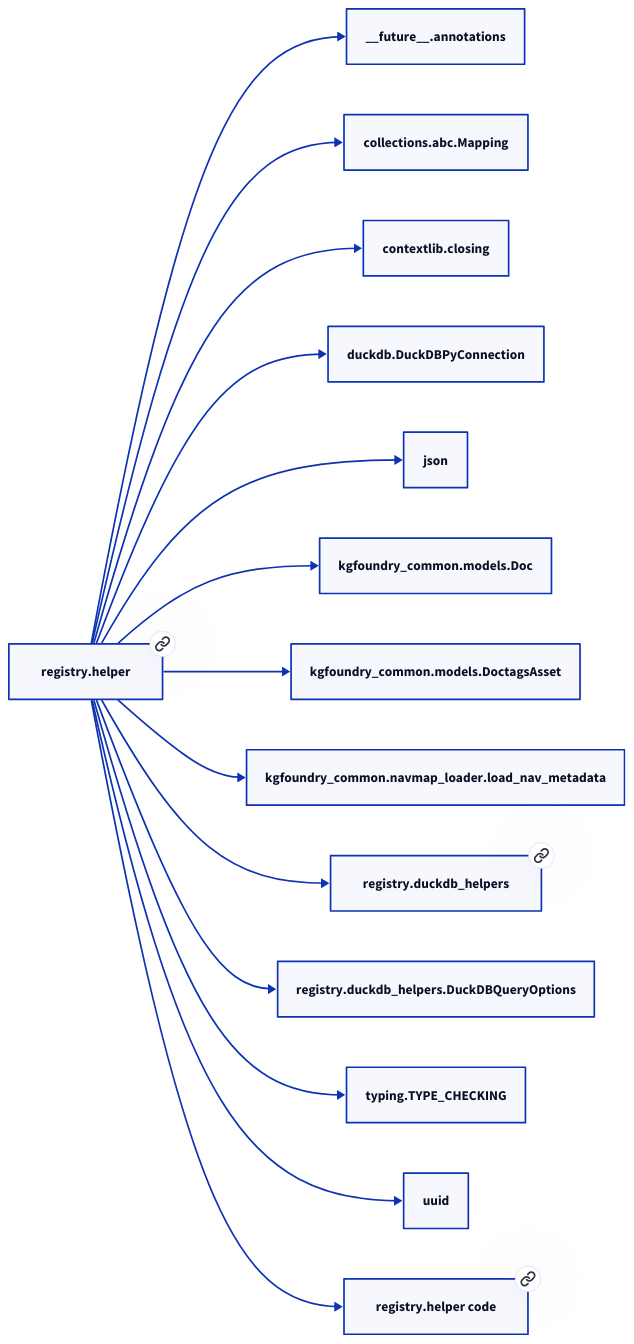
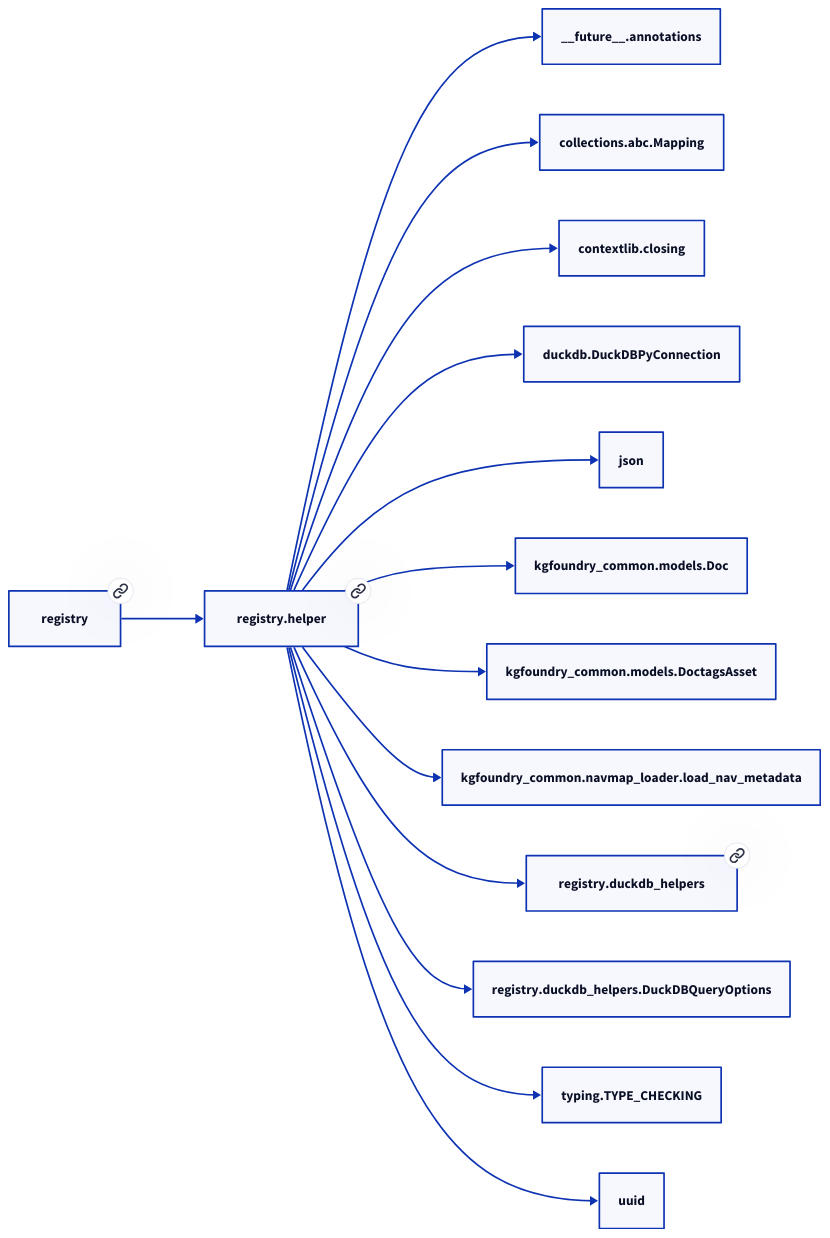
The second of 2 diagrams in docs/modules/registry/helper.md (paul-heyse/kgforge), drawn with D2 before and after one commit. The commit also changed other lines of this file and 208 other files, not shown here.

````diff
--- a/docs/modules/registry/helper.md
+++ b/docs/modules/registry/helper.md
@@ -39,30 +43,30 @@
 ```d2
 direction: right
-"registry.helper": "registry.helper" { link: "./registry/helper.md" }
+"registry.helper": "registry.helper" { link: "https://github.com/paul-heyse/kgfoundry/blob/main/src/registry/helper.py" }
 "__future__.annotations": "__future__.annotations"
 "registry.helper" -> "__future__.annotations"
 "collections.abc.Mapping": "collections.abc.Mapping"
 "registry.helper" -> "collections.abc.Mapping"
 "contextlib.closing": "contextlib.closing"
 "registry.helper" -> "contextlib.closing"
 "duckdb.DuckDBPyConnection": "duckdb.DuckDBPyConnection"
 "registry.helper" -> "duckdb.DuckDBPyConnection"
 "json": "json"
 "registry.helper" -> "json"
 "kgfoundry_common.models.Doc": "kgfoundry_common.models.Doc"
 "registry.helper" -> "kgfoundry_common.models.Doc"
 "kgfoundry_common.models.DoctagsAsset": "kgfoundry_common.models.DoctagsAsset"
 "registry.helper" -> "kgfoundry_common.models.DoctagsAsset"
 "kgfoundry_common.navmap_loader.load_nav_metadata": "kgfoundry_common.navmap_loader.load_nav_metadata"
 "registry.helper" -> "kgfoundry_common.navmap_loader.load_nav_metadata"
-"registry.duckdb_helpers": "registry.duckdb_helpers" { link: "./registry/duckdb_helpers.md" }
+"registry.duckdb_helpers": "registry.duckdb_helpers" { link: "https://github.com/paul-heyse/kgfoundry/blob/main/src/registry/duckdb_helpers.py" }
 "registry.helper" -> "registry.duckdb_helpers"
 "registry.duckdb_helpers.DuckDBQueryOptions": "registry.duckdb_helpers.DuckDBQueryOptions"
 "registry.helper" -> "registry.duckdb_helpers.DuckDBQueryOptions"
 "typing.TYPE_CHECKING": "typing.TYPE_CHECKING"
 "registry.helper" -> "typing.TYPE_CHECKING"
 "uuid": "uuid"
 "registry.helper" -> "uuid"
-"registry.helper_code": "registry.helper code" { link: "https://github.com/kgfoundry/kgfoundry/blob/main/src/registry/helper.py" }
-"registry.helper" -> "registry.helper_code" { style: dashed }
+"registry": "registry" { link: "https://github.com/paul-heyse/kgfoundry/blob/main/src/registry/__init__.py" }
+"registry" -> "registry.helper" { style: dashed }
 ```
````
